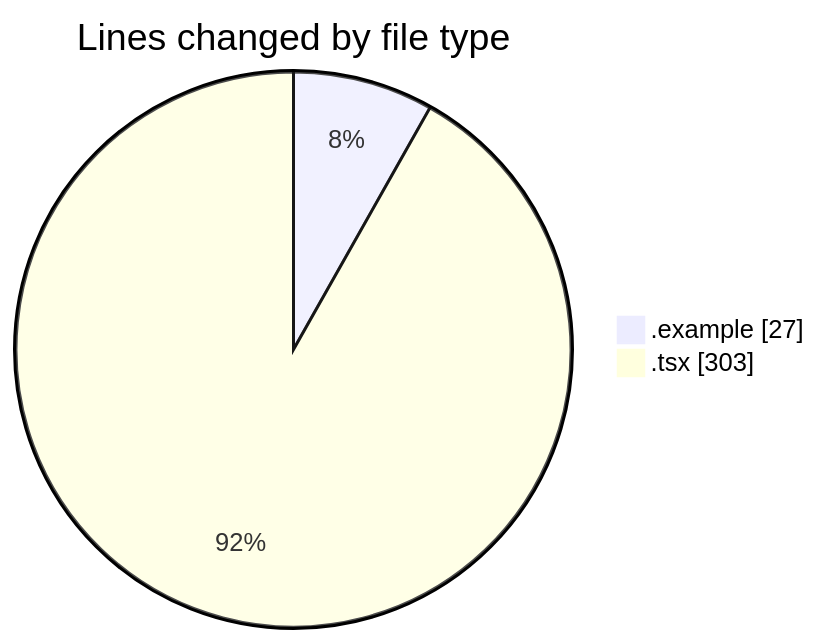
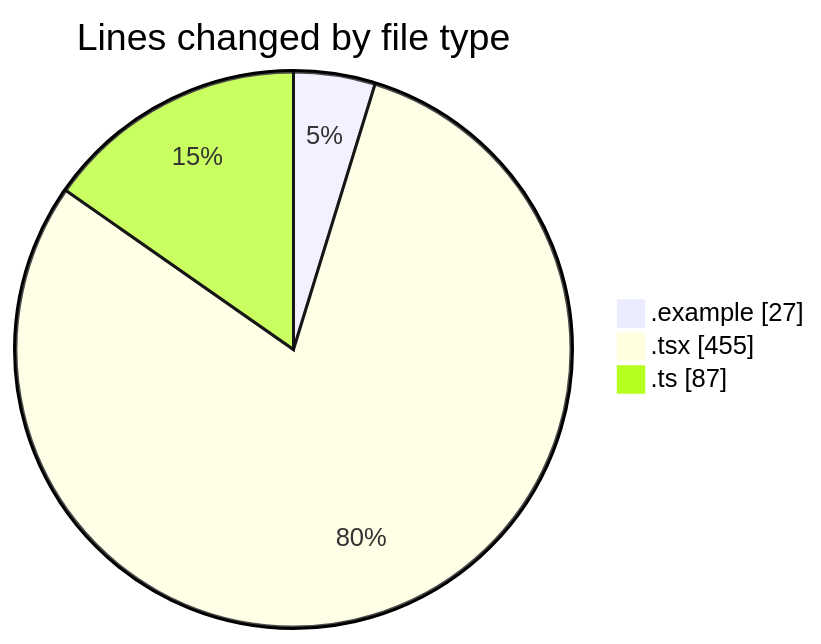
The first of 2 diagrams in 2025-11-16/eventscop-frontend-guide__workspace_/README.md (julien-gomy/code-tracking), drawn with Mermaid before and after one commit. The commit also changed other lines of this file and 1 other file, not shown here.

````diff
--- a/2025-11-16/eventscop-frontend-guide__workspace_/README.md
+++ b/2025-11-16/eventscop-frontend-guide__workspace_/README.md
@@ -21,6 +24,7 @@
 ```mermaid
 pie showData
 title Lines changed by file type
 ".example" : 27
-".tsx" : 303
+".tsx" : 455
+".ts" : 87
 ```
````
